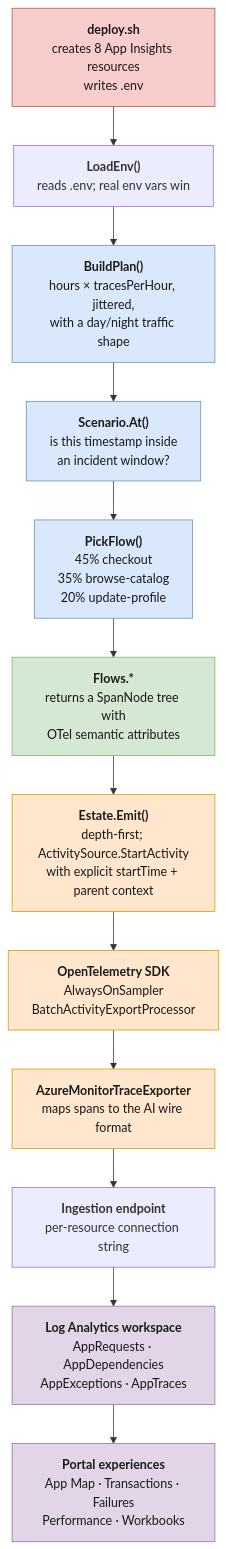
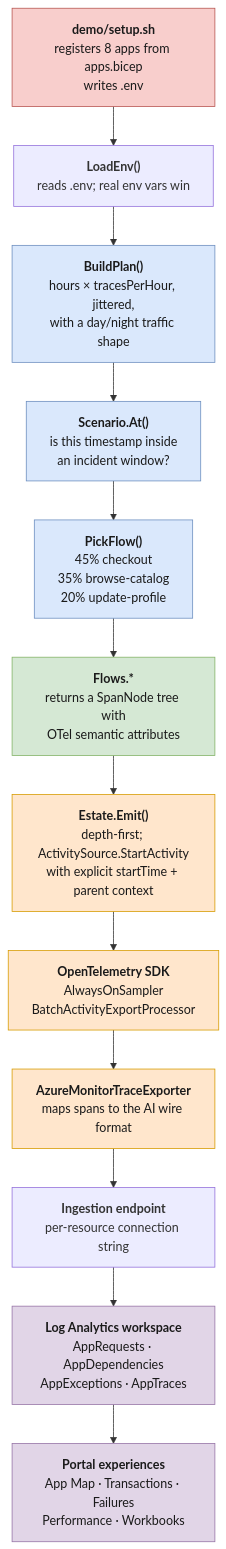
One commit to howardginsburg/Azure-AppInsights-and-AppCatalog-Demo changed the fourth of 9 diagrams in demo/simulator/ARCHITECTURE.md. Above: the diagram before and after it, drawn with Mermaid. The commit also changed other lines of this file and 83 other files, not shown here.

````diff
--- a/demo/simulator/ARCHITECTURE.md
+++ b/demo/simulator/ARCHITECTURE.md
@@ -173,28 +176,28 @@
 ```mermaid
 flowchart TD
-    A["<b>deploy.sh</b><br/>creates 8 App Insights resources<br/>writes .env"]
+    A["<b>demo/setup.sh</b><br/>registers 8 apps from apps.bicep<br/>writes .env"]
     B["<b>LoadEnv()</b><br/>reads .env; real env vars win"]
     C["<b>BuildPlan()</b><br/>hours × tracesPerHour, jittered,<br/>with a day/night traffic shape"]
     D["<b>Scenario.At()</b><br/>is this timestamp inside<br/>an incident window?"]
     E["<b>PickFlow()</b><br/>45% checkout<br/>35% browse-catalog<br/>20% update-profile"]
     F["<b>Flows.*</b><br/>returns a SpanNode tree with<br/>OTel semantic attributes"]
     G["<b>Estate.Emit()</b><br/>depth-first; ActivitySource.StartActivity<br/>with explicit startTime + parent context"]
     H["<b>OpenTelemetry SDK</b><br/>AlwaysOnSampler<br/>BatchActivityExportProcessor"]
     I["<b>AzureMonitorTraceExporter</b><br/>maps spans to the AI wire format"]
     J["<b>Ingestion endpoint</b><br/>per-resource connection string"]
     K["<b>Log Analytics workspace</b><br/>AppRequests · AppDependencies<br/>AppExceptions · AppTraces"]
     L["<b>Portal experiences</b><br/>App Map · Transactions · Failures<br/>Performance · Workbooks"]
 
     A --> B --> C --> D --> E --> F --> G --> H --> I --> J --> K --> L
 
     style A fill:#f8cecc,stroke:#b85450,color:#1a1a1a
     style C fill:#dae8fc,stroke:#6c8ebf,color:#1a1a1a
     style D fill:#dae8fc,stroke:#6c8ebf,color:#1a1a1a
     style E fill:#dae8fc,stroke:#6c8ebf,color:#1a1a1a
     style F fill:#d5e8d4,stroke:#82b366,color:#1a1a1a
     style G fill:#ffe6cc,stroke:#d79b00,color:#1a1a1a
     style H fill:#ffe6cc,stroke:#d79b00,color:#1a1a1a
     style I fill:#ffe6cc,stroke:#d79b00,color:#1a1a1a
     style K fill:#e1d5e7,stroke:#9673a6,color:#1a1a1a
     style L fill:#e1d5e7,stroke:#9673a6,color:#1a1a1a
 ```
````
